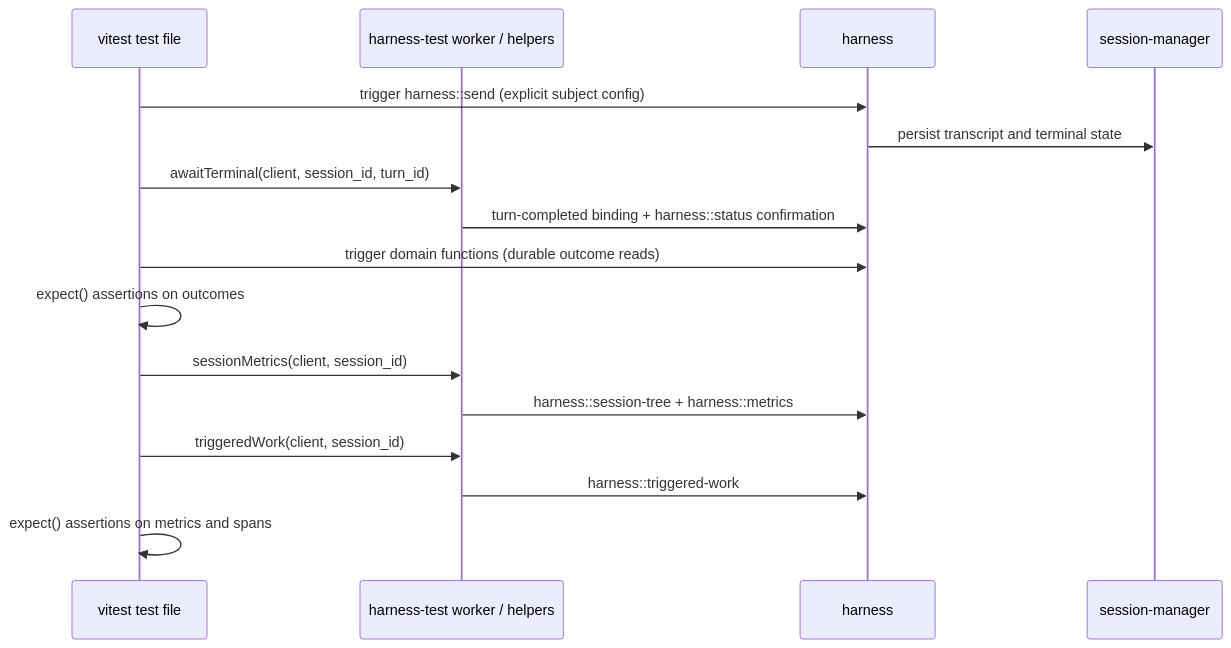
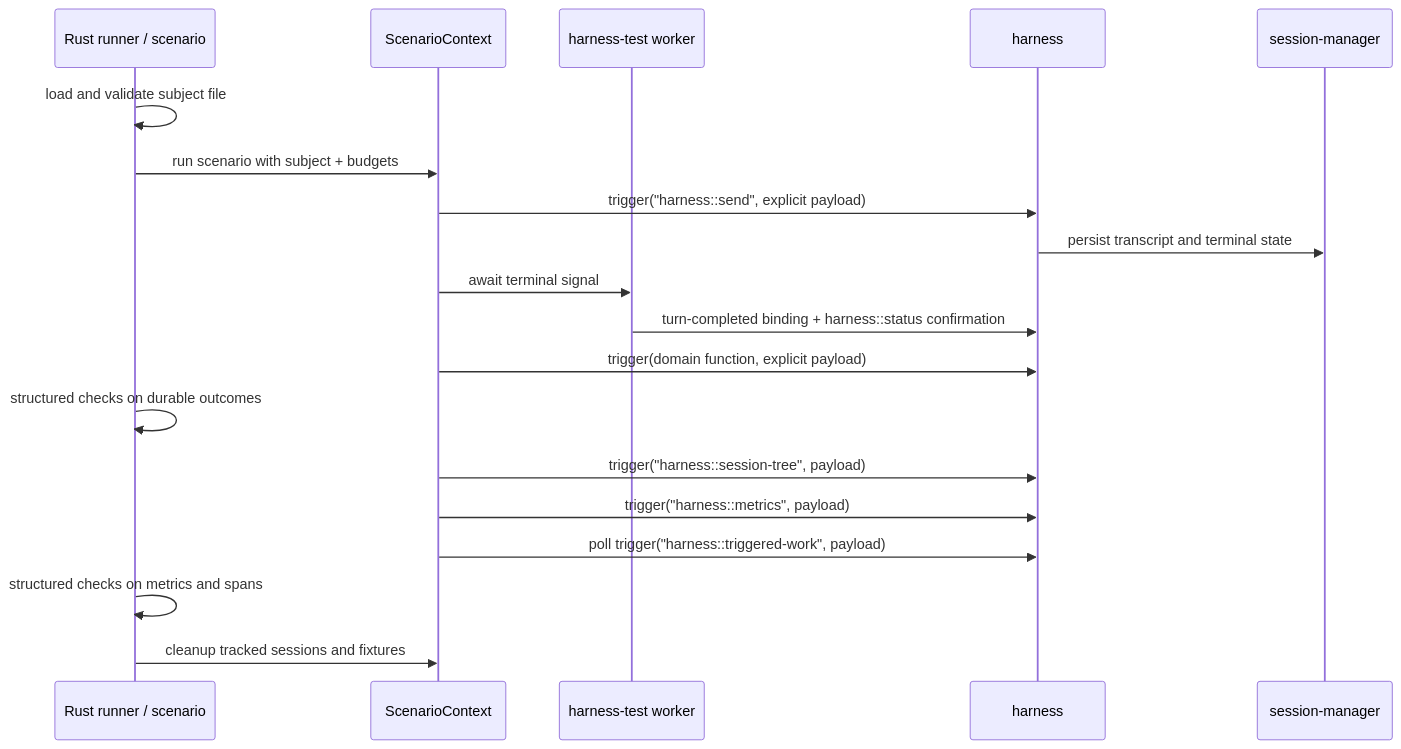
One commit to iii-hq/iii changed the diagram in tech-specs/2026-07-15-harness-evaluation/agent-quality.md. Above: the diagram before and after it, drawn with Mermaid. The commit also changed other lines of this file and 48 other files, not shown here.

````diff
--- a/tech-specs/2026-07-15-harness-evaluation/agent-quality.md
+++ b/tech-specs/2026-07-15-harness-evaluation/agent-quality.md
@@ -241,19 +310,22 @@
 ```mermaid
 sequenceDiagram
-  participant V as vitest test file
-  participant W as harness-test worker / helpers
+  participant R as Rust runner / scenario
+  participant C as ScenarioContext
+  participant W as harness-test worker
   participant H as harness
   participant S as session-manager
 
-  V->>H: trigger harness::send (explicit subject config)
+  R->>R: load and validate subject file
+  R->>C: run scenario with subject + budgets
+  C->>H: trigger("harness::send", explicit payload)
   H->>S: persist transcript and terminal state
-  V->>W: awaitTerminal(client, session_id, turn_id)
+  C->>W: await terminal signal
   W->>H: turn-completed binding + harness::status confirmation
-  V->>H: trigger domain functions (durable outcome reads)
-  V->>V: expect() assertions on outcomes
-  V->>W: sessionMetrics(client, session_id)
-  W->>H: harness::session-tree + harness::metrics
-  V->>W: triggeredWork(client, session_id)
-  W->>H: harness::triggered-work
-  V->>V: expect() assertions on metrics and spans
+  C->>H: trigger(domain function, explicit payload)
+  R->>R: structured checks on durable outcomes
+  C->>H: trigger("harness::session-tree", payload)
+  C->>H: trigger("harness::metrics", payload)
+  C->>H: poll trigger("harness::triggered-work", payload)
+  R->>R: structured checks on metrics and spans
+  R->>C: cleanup tracked sessions and fixtures
 ```
````
